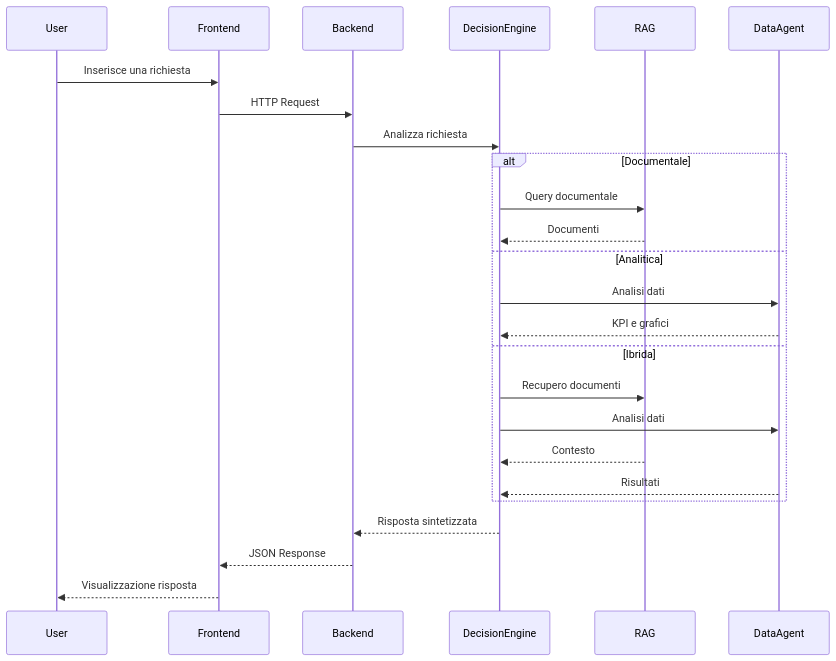
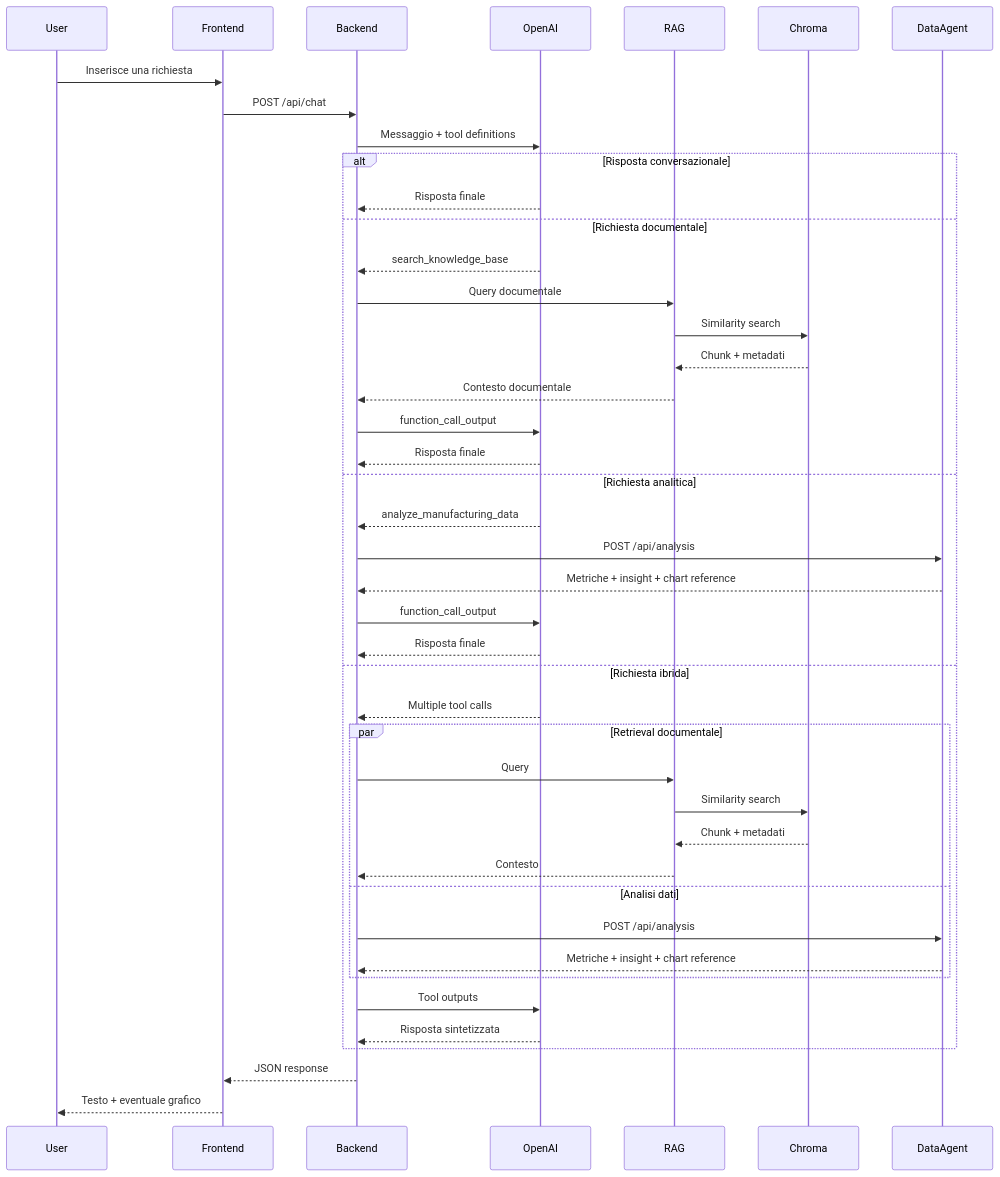
Before and after one commit to marcosaccani1/maranello-ai: the ninth of 10 diagrams in docs/it/03_System_Architecture.md, drawn with Mermaid. The commit also changed other lines of this file and 7 other files, not shown here.

````diff
--- a/docs/it/03_System_Architecture.md
+++ b/docs/it/03_System_Architecture.md
@@ -1083,46 +1607,54 @@
 ```mermaid
 sequenceDiagram
 
-participant User
-participant Frontend
-participant Backend
-participant DecisionEngine
-participant RAG
-participant DataAgent
+    participant User
+    participant Frontend
+    participant Backend
+    participant OpenAI
+    participant RAG
+    participant Chroma
+    participant DataAgent
 
-User->>Frontend: Inserisce una richiesta
+    User->>Frontend: Inserisce una richiesta
+    Frontend->>Backend: POST /api/chat
+    Backend->>OpenAI: Messaggio + tool definitions
 
-Frontend->>Backend: HTTP Request
+    alt Risposta conversazionale
+        OpenAI-->>Backend: Risposta finale
 
-Backend->>DecisionEngine: Analizza richiesta
+    else Richiesta documentale
+        OpenAI-->>Backend: search_knowledge_base
+        Backend->>RAG: Query documentale
+        RAG->>Chroma: Similarity search
+        Chroma-->>RAG: Chunk + metadati
+        RAG-->>Backend: Contesto documentale
+        Backend->>OpenAI: function_call_output
+        OpenAI-->>Backend: Risposta finale
 
-alt Documentale
+    else Richiesta analitica
+        OpenAI-->>Backend: analyze_manufacturing_data
+        Backend->>DataAgent: POST /api/analysis
+        DataAgent-->>Backend: Metriche + insight + chart reference
+        Backend->>OpenAI: function_call_output
+        OpenAI-->>Backend: Risposta finale
 
-DecisionEngine->>RAG: Query documentale
+    else Richiesta ibrida
+        OpenAI-->>Backend: Multiple tool calls
 
-RAG-->>DecisionEngine: Documenti
+        par Retrieval documentale
+            Backend->>RAG: Query
+            RAG->>Chroma: Similarity search
+            Chroma-->>RAG: Chunk + metadati
+            RAG-->>Backend: Contesto
+        and Analisi dati
+            Backend->>DataAgent: POST /api/analysis
+            DataAgent-->>Backend: Metriche + insight + chart reference
+        end
 
-else Analitica
+        Backend->>OpenAI: Tool outputs
+        OpenAI-->>Backend: Risposta sintetizzata
+    end
 
-DecisionEngine->>DataAgent: Analisi dati
-
-DataAgent-->>DecisionEngine: KPI e grafici
-
-else Ibrida
-
-DecisionEngine->>RAG: Recupero documenti
-
-DecisionEngine->>DataAgent: Analisi dati
-
-RAG-->>DecisionEngine: Contesto
-
-DataAgent-->>DecisionEngine: Risultati
-
-end
-
-DecisionEngine-->>Backend: Risposta sintetizzata
-
-Backend-->>Frontend: JSON Response
-
-Frontend-->>User: Visualizzazione risposta
+    Backend-->>Frontend: JSON response
+    Frontend-->>User: Testo + eventuale grafico
 ```
````
